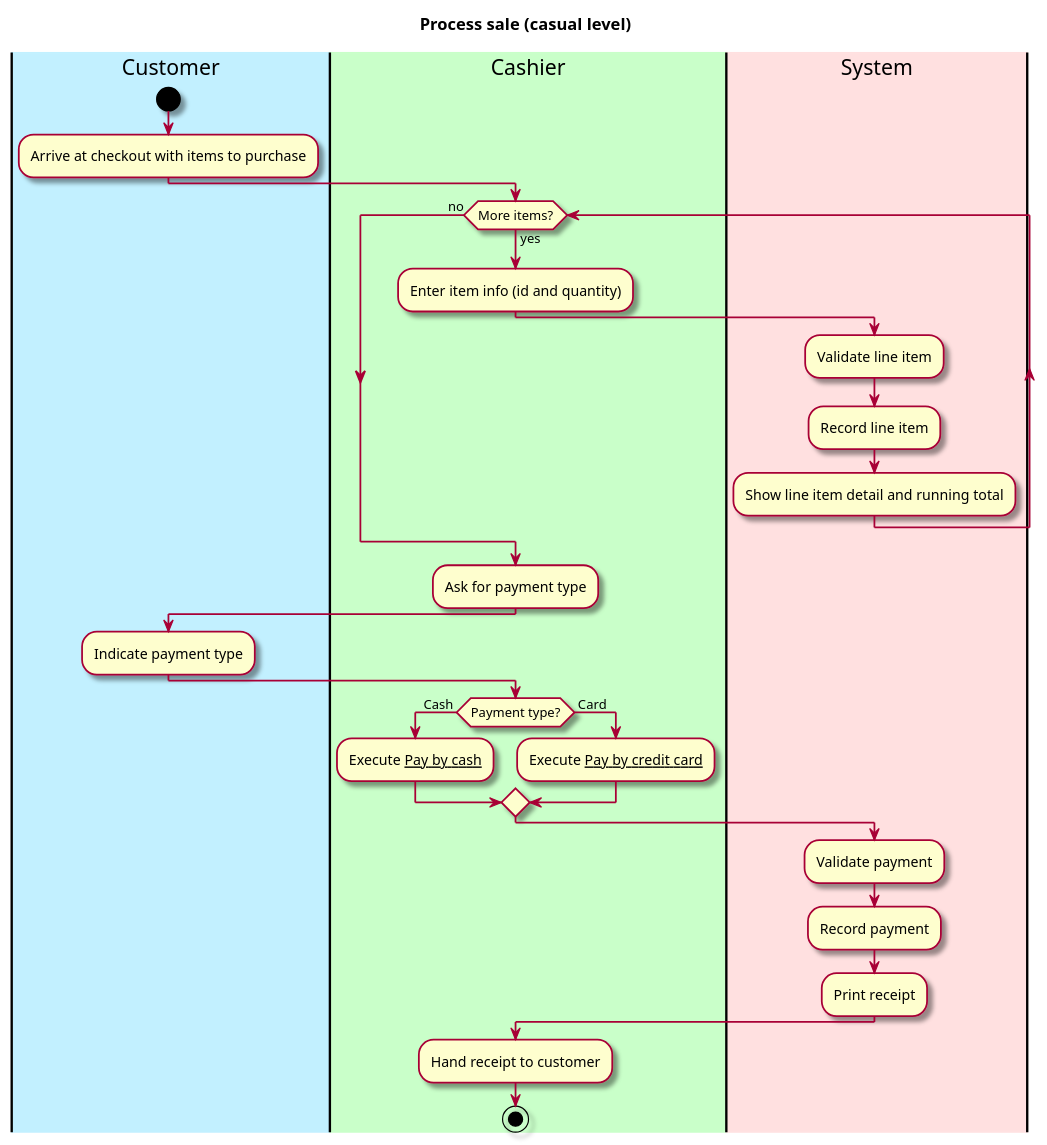
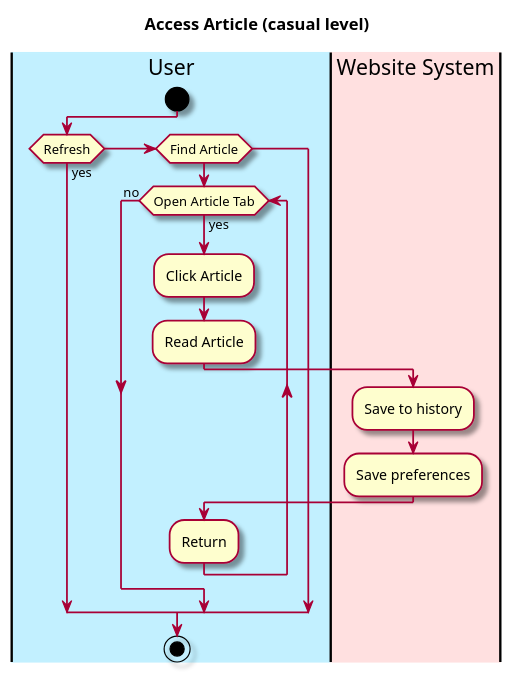
One commit to owhitleym-ui/EcoScoop changed the diagram in intellij/doc/Functional Specification/access-article.md. Above: the diagram before and after it, drawn with PlantUML. The commit also changed other lines of this file and 3 other files, not shown here.

Commit message:
Finished access-article use case

````diff
--- a/intellij/doc/Functional Specification/access-article.md
+++ b/intellij/doc/Functional Specification/access-article.md
@@ -49,48 +39,29 @@
 ```plantuml
 @startuml
 
 skin rose
 
-title Process sale (casual level)
+title Access Article (casual level)
 
 'define the lanes
-|#application|Customer|
-|#technology|Cashier|
-|#implementation|System|
+|#application|User|
+|#implementation|Website System|
 
-|Customer|
+|User|
 start
-:Arrive at checkout with items to purchase;
-
-|Cashier|
-while (More items?) is (yes)
-  :Enter item info (id and quantity);
-  |System|
-  :Validate line item;
-  :Record line item;
-  :Show line item detail and running total;
-  |Cashier|
-endwhile (no)
-
-
-:Ask for payment type;
-
-|Customer|
-:Indicate payment type;
-
-|Cashier|
-if (Payment type?) is  ( Cash ) then
-:Execute __Pay by cash__;
-else ( Card ) 
-:Execute __Pay by credit card__;
-endif
-
-|System|
-:Validate payment;
-:Record payment;
-:Print receipt;
-|Cashier|
-:Hand receipt to customer;
+    if (Refresh) then (yes)
+    elseif(Find Article)
+    while (Open Article Tab) is (yes)
+        :Click Article;
+        :Read Article;
+        |Website System|
+        :Save to history;
+        :Save preferences;
+        |User|
+        :Return;
+        
+    endwhile (no)
+    endif
 stop
 @enduml
 ```
````
